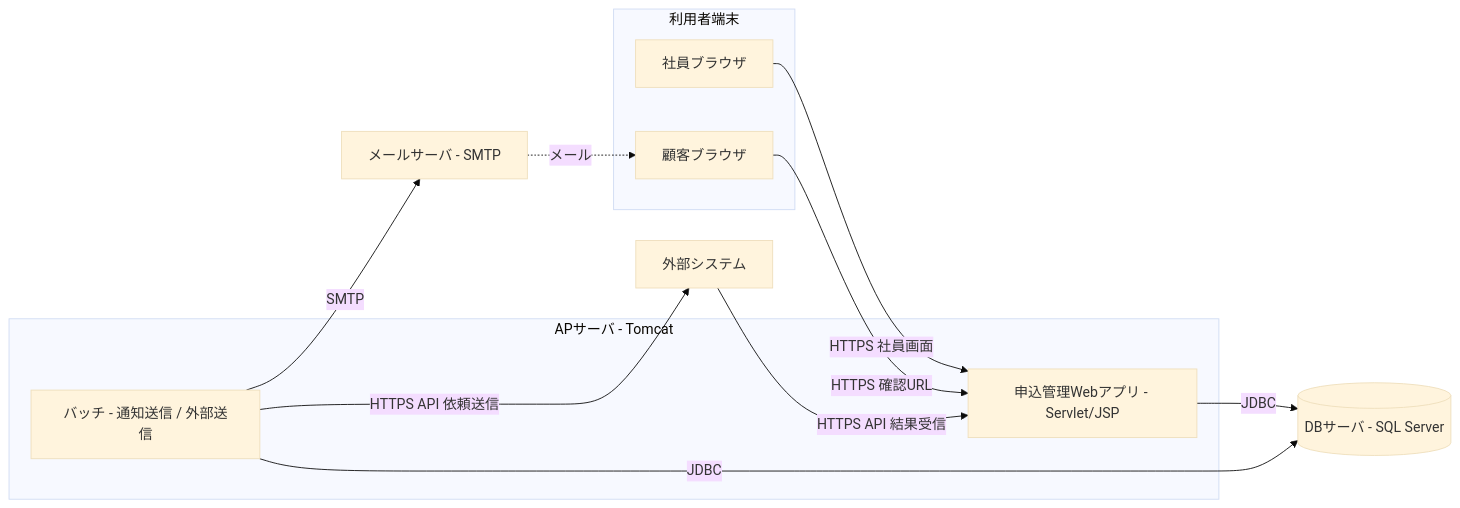
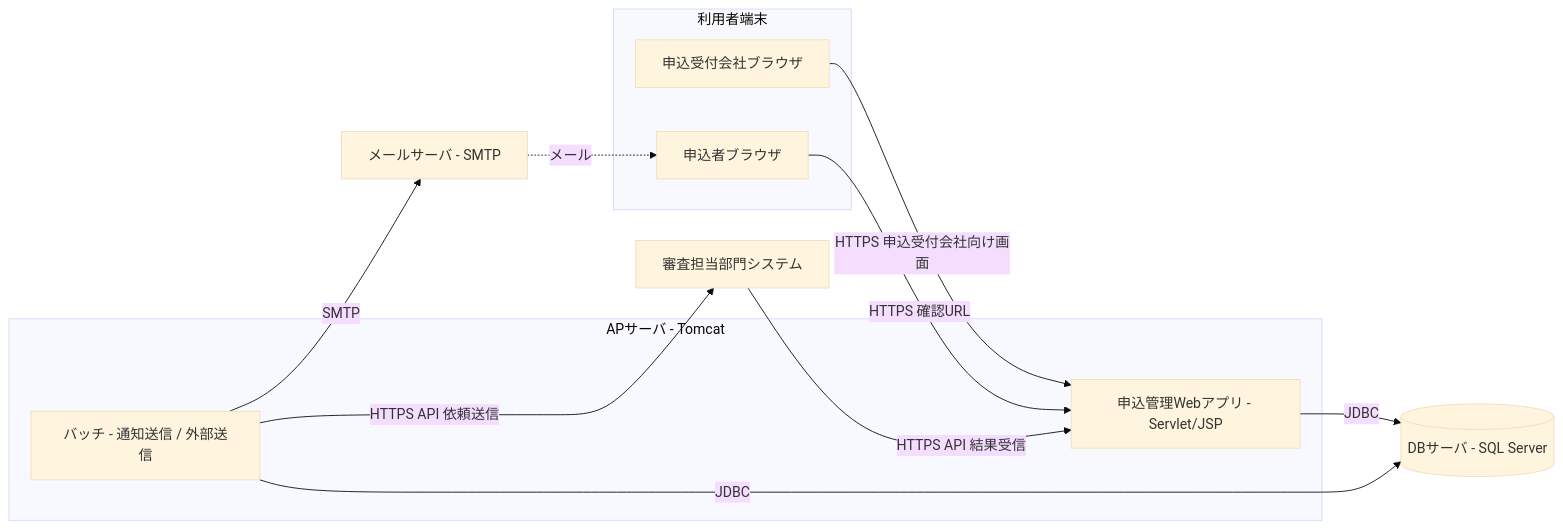
Before and after one commit to yasudaProduct/JavaServletSample2: the first of 2 diagrams in docs/basic-design/02-system-architecture.md, drawn with Mermaid (base theme). The commit also changed other lines of this file and 26 other files, not shown here.

````diff
--- a/docs/basic-design/02-system-architecture.md
+++ b/docs/basic-design/02-system-architecture.md
@@ -10,22 +10,22 @@
 ```mermaid
 flowchart LR
     subgraph client[利用者端末]
-        BR_EMP[社員ブラウザ]
-        BR_CUS[顧客ブラウザ]
+        BR_EMP[申込受付会社ブラウザ]
+        BR_CUS[申込者ブラウザ]
     end
     subgraph ap[APサーバ - Tomcat]
         WEB[申込管理Webアプリ - Servlet/JSP]
         BATCH[バッチ - 通知送信 / 外部送信]
     end
     DB[(DBサーバ - SQL Server)]
     MAIL[メールサーバ - SMTP]
-    EXT[外部システム]
-    BR_EMP -- HTTPS 社員画面 --> WEB
+    EXT[審査担当部門システム]
+    BR_EMP -- HTTPS 申込受付会社向け画面 --> WEB
     BR_CUS -- HTTPS 確認URL --> WEB
     WEB -- JDBC --> DB
     BATCH -- JDBC --> DB
     BATCH -- SMTP --> MAIL
     MAIL -. メール .-> BR_CUS
     BATCH -- HTTPS API 依頼送信 --> EXT
     EXT -- HTTPS API 結果受信 --> WEB
 ```
````
